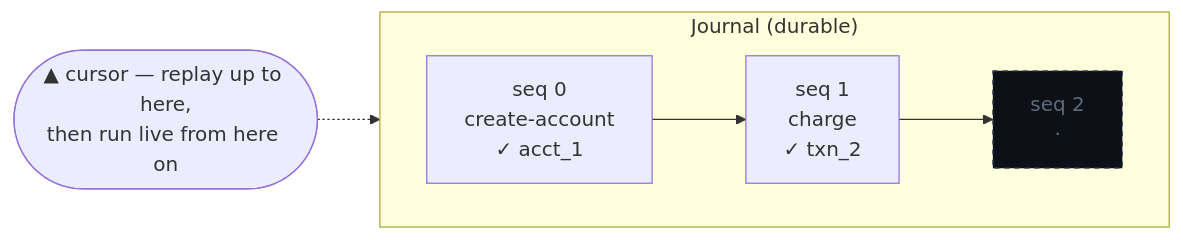
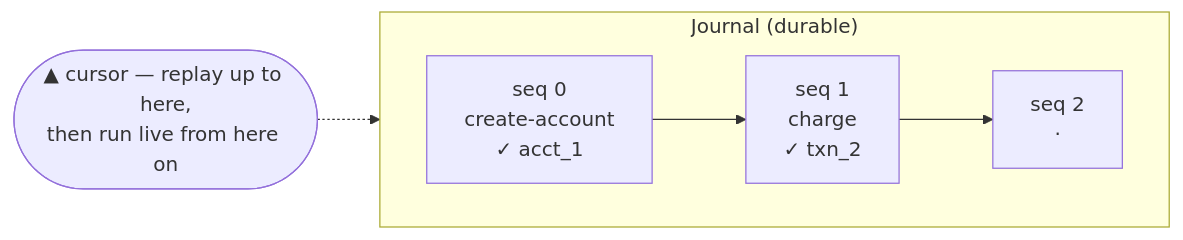
The second of 6 diagrams in README.md (sylvester-francis/rerun), drawn with Mermaid before and after one commit. The commit also changed other lines of this file, not shown here.

Commit message:
Remove custom colors from README diagrams

````diff
--- a/README.md
+++ b/README.md
@@ -84,12 +79,11 @@
 ```mermaid
 flowchart LR
     subgraph J["Journal (durable)"]
       direction LR
       s0["seq 0<br/>create-account<br/>✓ acct_1"]
       s1["seq 1<br/>charge<br/>✓ txn_2"]
-      s2["seq 2<br/>·"]:::empty
+      s2["seq 2<br/>·"]
     end
     s0 --> s1 --> s2
     cursor(["▲ cursor — replay up to here,<br/>then run live from here on"]) -.-> s2
-    classDef empty fill:#0d1117,stroke:#3a4a5a,stroke-dasharray:4,color:#5b6b7d;
 ```
````
